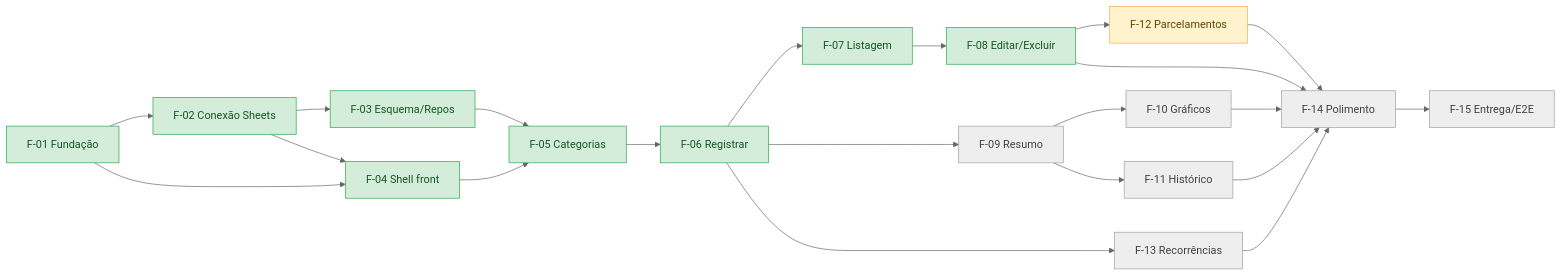
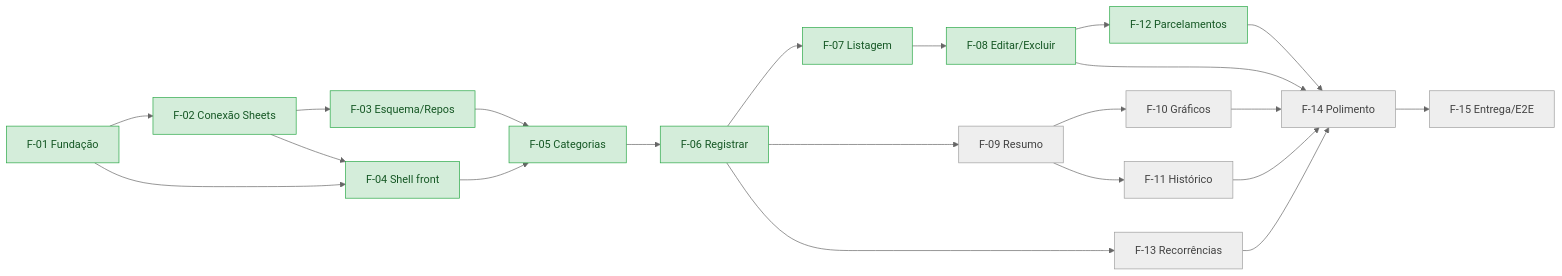
One commit to Pedrohcs/PlanilhaFinanceira changed the diagram in SPECS/05-acompanhamento.md. Above: the diagram before and after it, drawn with Mermaid (neutral theme). The commit also changed other lines of this file and 15 other files, not shown here.

````diff
--- a/SPECS/05-acompanhamento.md
+++ b/SPECS/05-acompanhamento.md
@@ -64,24 +64,23 @@
 ```mermaid
 flowchart LR
     F01[F-01 Fundação] --> F02[F-02 Conexão Sheets] --> F03[F-03 Esquema/Repos]
     F01 --> F04[F-04 Shell front]
     F02 --> F04
     F03 --> F05[F-05 Categorias]
     F04 --> F05
     F05 --> F06[F-06 Registrar]
     F06 --> F07[F-07 Listagem] --> F08[F-08 Editar/Excluir]
     F06 --> F09[F-09 Resumo]
     F09 --> F10[F-10 Gráficos]
     F09 --> F11[F-11 Histórico]
     F08 --> F12[F-12 Parcelamentos]
     F06 --> F13[F-13 Recorrências]
     F08 & F10 & F11 & F12 & F13 --> F14[F-14 Polimento]
     F14 --> F15[F-15 Entrega/E2E]
 
     classDef naoIniciada fill:#eeeeee,stroke:#9e9e9e,color:#424242;
     classDef iniciada fill:#fff3cd,stroke:#f0ad4e,color:#5c4400;
     classDef concluida fill:#d4edda,stroke:#28a745,color:#155724;
     class F09,F10,F11,F13,F14,F15 naoIniciada;
-    class F12 iniciada;
-    class F01,F02,F03,F04,F05,F06,F07,F08 concluida;
+    class F01,F02,F03,F04,F05,F06,F07,F08,F12 concluida;
 ```
````
